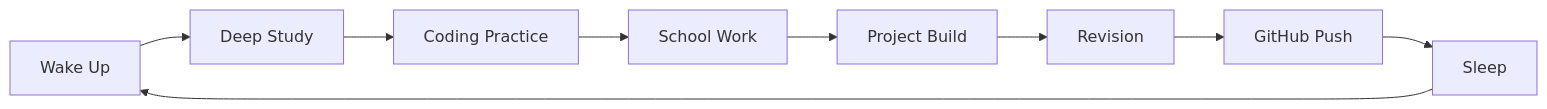
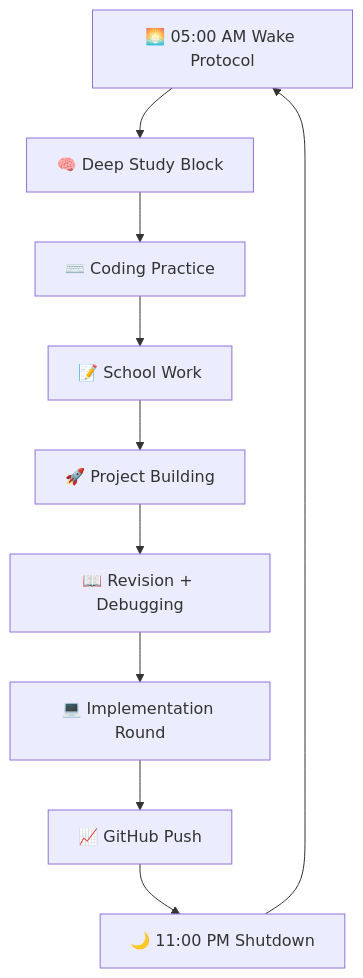
One commit to Boosterboy12/Monk-Mode-14 changed the diagram in README.md. Above: the diagram before and after it, drawn with Mermaid. The commit also changed other lines of this file, not shown here.

````diff
--- a/README.md
+++ b/README.md
@@ -70,11 +187,12 @@
 ```mermaid
-flowchart LR
-    A[Wake Up] --> B[Deep Study]
-    B --> C[Coding Practice]
-    C --> D[School Work]
-    D --> E[Project Build]
-    E --> F[Revision]
-    F --> G[GitHub Push]
-    G --> H[Sleep]
-    H --> A
+flowchart TD
+    A["🌅 05:00 AM Wake Protocol"] --> B["🧠 Deep Study Block"]
+    B --> C["⌨️ Coding Practice"]
+    C --> D["📝 School Work"]
+    D --> E["🚀 Project Building"]
+    E --> F["📖 Revision + Debugging"]
+    F --> G["💻 Implementation Round"]
+    G --> H["📈 GitHub Push"]
+    H --> I["🌙 11:00 PM Shutdown"]
+    I --> A
 ```
````
